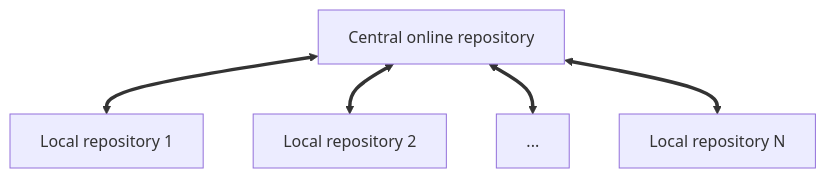
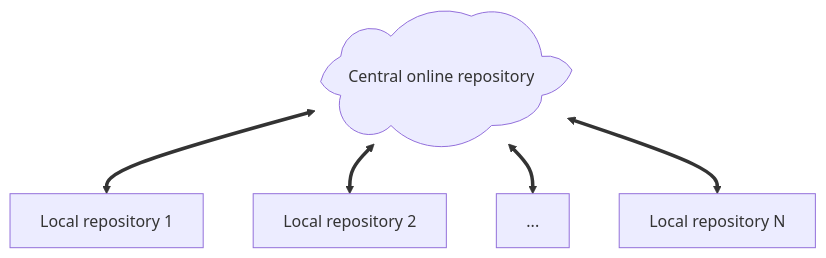
One commit to abilandz/NAT3054 changed the second of 24 diagrams in src/git.md. Above: the diagram before and after it, drawn with Mermaid. The commit also changed other lines of this file and 1 other file, not shown here.

Commit message:
reviewed first section, refisrbshed and centered some Mermaid diagrams, updated Mermaid host

````diff
--- a/src/git.md
+++ b/src/git.md
@@ -100,12 +103,12 @@
 ```mermaid	
 flowchart TD
-    central["Central online repository"]
+    central@{ shape: cloud, label: "Central online repository" } 
     local_1["Local repository 1"]
     local_2["Local repository 2"]
     local_3["..."]
     local_4["Local repository N"]
     central <==> local_1    
     central <==> local_2    
     central <==> local_3    
     central <==> local_4    
 ```
````
